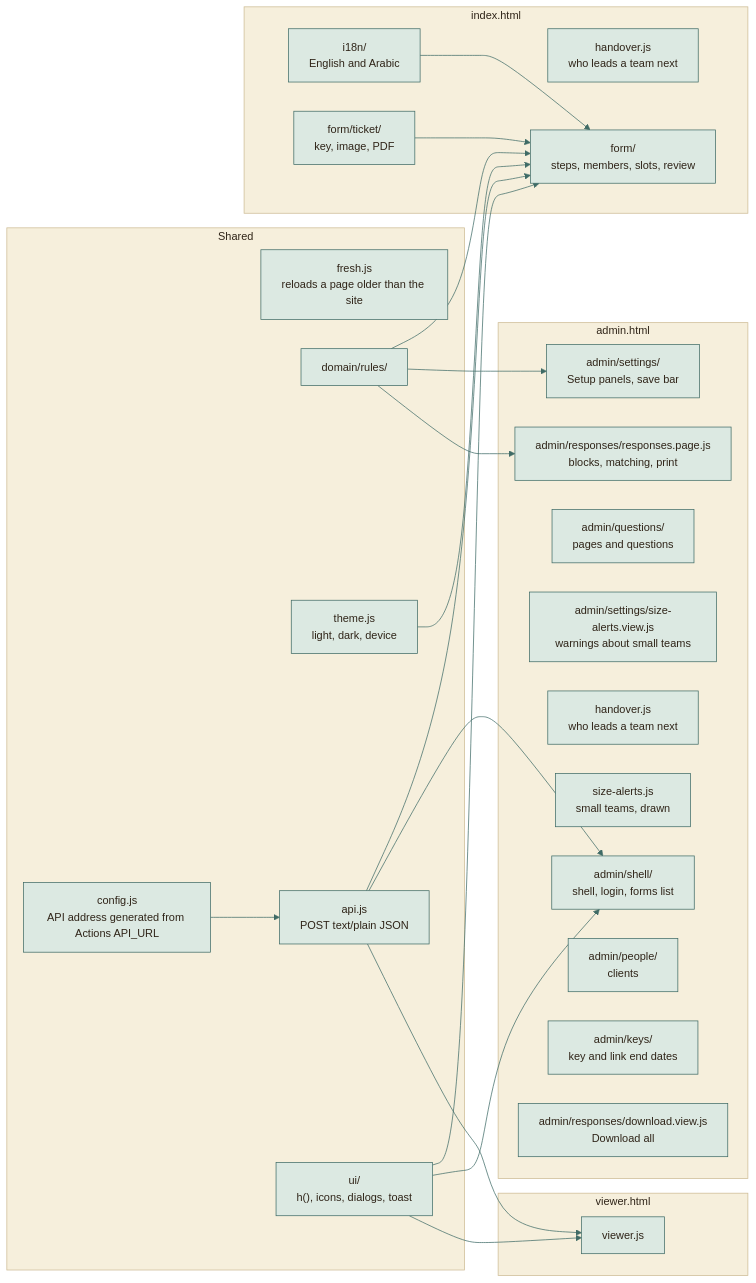
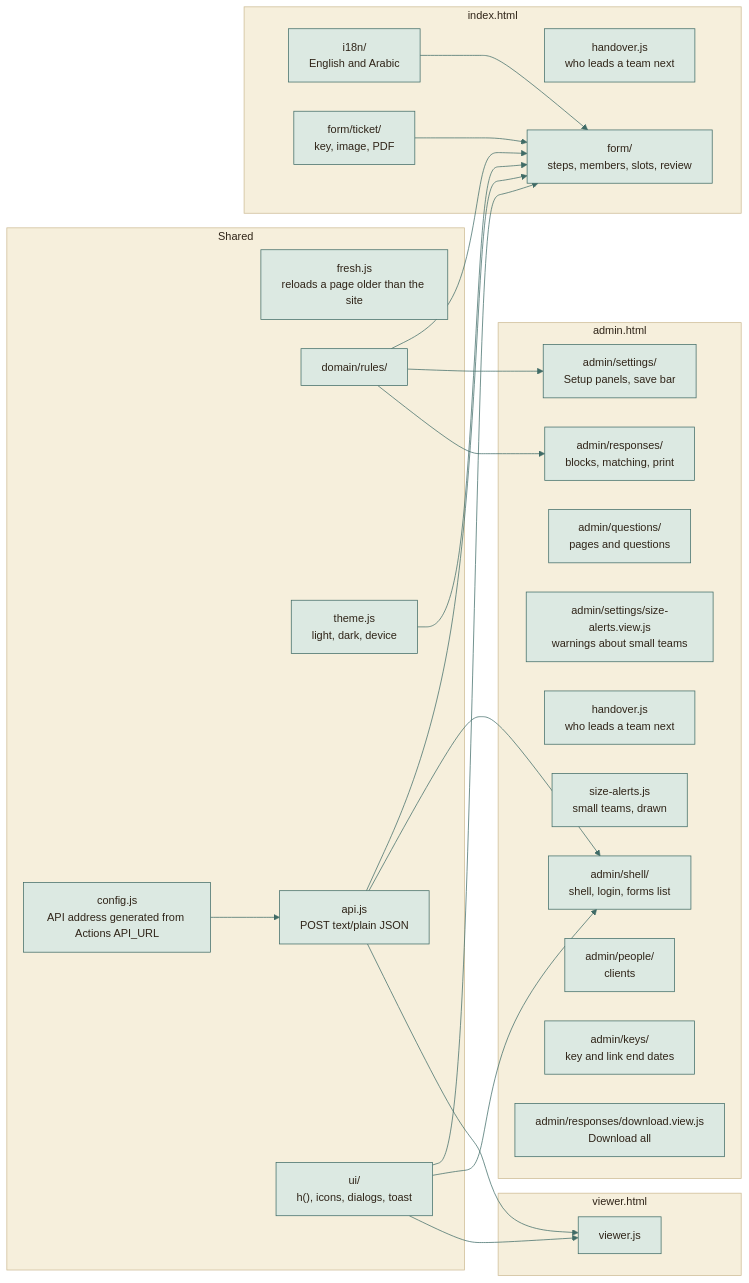
The tenth of 12 diagrams in docs/architecture/ARCHITECTURE.md (moyeh04/forms-platform), drawn with Mermaid before and after one commit. The commit also changed other lines of this file and 18 other files, not shown here.

````diff
--- a/docs/architecture/ARCHITECTURE.md
+++ b/docs/architecture/ARCHITECTURE.md
@@ -695,73 +695,73 @@
 ```mermaid
 %%{init: {
   'theme': 'base',
   'themeVariables': {
     'fontFamily': 'ui-sans-serif, system-ui, -apple-system, Segoe UI, Roboto, sans-serif',
     'fontSize': '15px',
     'primaryColor': '#DCE9E2', 'primaryBorderColor': '#3F6B66', 'primaryTextColor': '#2F2418',
     'secondaryColor': '#F0E4C8', 'secondaryBorderColor': '#C9A24A', 'secondaryTextColor': '#2F2418',
     'tertiaryColor': '#F6EFDC', 'tertiaryBorderColor': '#CDBB94', 'tertiaryTextColor': '#2F2418',
     'lineColor': '#3F6B66', 'textColor': '#2F2418', 'mainBkg': '#DCE9E2', 'nodeBorder': '#3F6B66',
     'clusterBkg': '#F6EFDC', 'clusterBorder': '#CDBB94', 'titleColor': '#2F2418',
     'edgeLabelBackground': '#F8F1DD',
     'actorBkg': '#DCE9E2', 'actorBorder': '#3F6B66', 'actorTextColor': '#2F2418', 'actorLineColor': '#8FB3AB',
     'signalColor': '#477A73', 'signalTextColor': '#477A73',
     'labelBoxBkgColor': '#F0E4C8', 'labelBoxBorderColor': '#C9A24A', 'labelTextColor': '#2F2418', 'loopTextColor': '#6A5A44',
     'noteBkgColor': '#FBEFC9', 'noteBorderColor': '#C9A24A', 'noteTextColor': '#2F2418',
     'activationBkgColor': '#DCE9E2', 'activationBorderColor': '#3F6B66', 'sequenceNumberColor': '#F8F1DD',
     'transitionColor': '#3F6B66', 'stateLabelColor': '#2F2418', 'stateBkg': '#DCE9E2', 'altBackground': '#F6EFDC',
     'attributeBackgroundColorOdd': '#F8F1DD', 'attributeBackgroundColorEven': '#F0E4C8'
   },
   'flowchart': {'curve': 'basis', 'padding': 14, 'nodeSpacing': 40, 'rankSpacing': 46},
   'sequence': {'mirrorActors': false, 'messageMargin': 34, 'boxMargin': 8}
 }}%%
 flowchart LR
     subgraph shared["Shared"]
         cfg["config.js<br/>API address generated from Actions API_URL"]
         fr["fresh.js<br/>reloads a page older than the site"]
         rl["domain/rules/"]
         th["theme.js<br/>light, dark, device"]
         api["api.js<br/>POST text/plain JSON"]
         ui["ui/<br/>h(), icons, dialogs, toast"]
     end
     subgraph student["index.html"]
         i18n["i18n/<br/>English and Arabic"]
         tk["form/ticket/<br/>key, image, PDF"]
         h1["handover.js<br/>who leads a team next"]
         fm["form/<br/>steps, members, slots, review"]
     end
     subgraph adminp["admin.html"]
         a1["admin/shell/<br/>shell, login, forms list"]
         a2["admin/settings/<br/>Setup panels, save bar"]
         a8["admin/questions/<br/>pages and questions"]
         a7["admin/settings/size-alerts.view.js<br/>warnings about small teams"]
         h2["handover.js<br/>who leads a team next"]
         s2["size-alerts.js<br/>small teams, drawn"]
-        a3["admin/responses/responses.page.js<br/>blocks, matching, print"]
+        a3["admin/responses/<br/>blocks, matching, print"]
         a4["admin/people/<br/>clients"]
         a5["admin/keys/<br/>key and link end dates"]
         a6["admin/responses/download.view.js<br/>Download all"]
     end
     subgraph viewerp["viewer.html"]
         v1["viewer.js"]
     end
     cfg --> api
     api --> fm
     api --> a1
     api --> v1
     rl --> fm
     rl --> a2
     rl --> a3
     ui --> fm
     ui --> a1
     ui --> v1
     th --> fm
     i18n --> fm
     tk --> fm
     classDef cDb fill:#F3E2B3,stroke:#B8892D,stroke-width:1.5px,color:#2F2418
     classDef cActor fill:#F4D9D3,stroke:#9A3328,stroke-width:1.5px,color:#2F2418
     classDef cDec fill:#FBEFC9,stroke:#C9A24A,stroke-width:1.5px,color:#2F2418
     classDef cEnd fill:#2F2418,stroke:#2F2418,color:#F8F1DD
     classDef cErr fill:#F6D5CF,stroke:#A12B1F,stroke-width:1.5px,color:#5A140C
     classDef cOk fill:#BFD9CF,stroke:#2E5A55,stroke-width:1.5px,color:#17302D
 ```
````
